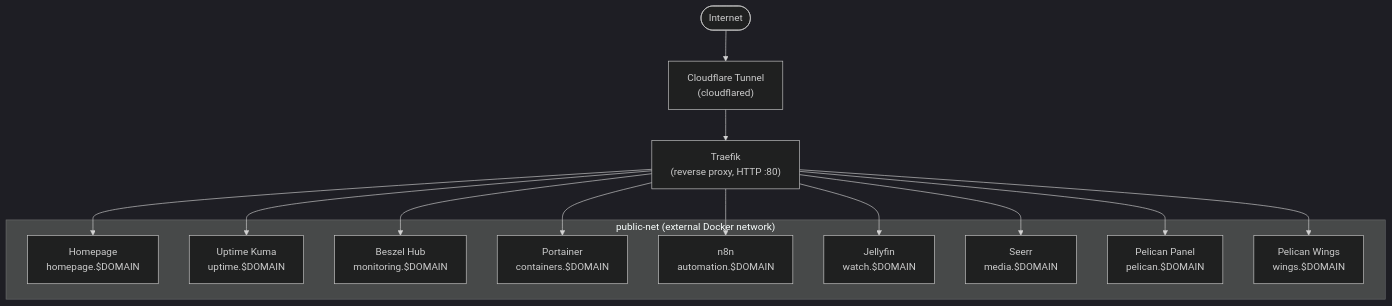
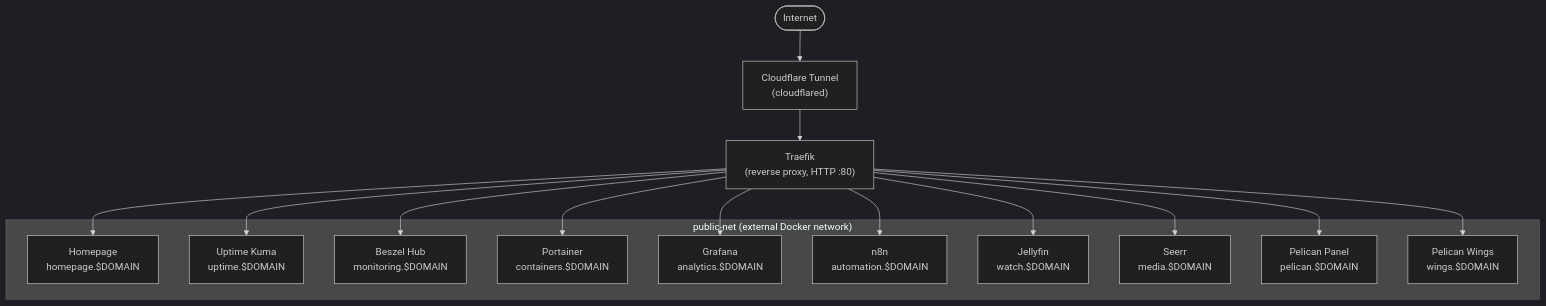
The diagram in README.md (heldertheking/infrastructure), drawn with Mermaid (dark theme) before and after one commit. The commit also changed other lines of this file and 6 other files, not shown here.

````diff
--- a/README.md
+++ b/README.md
@@ -9,27 +9,29 @@
 ```mermaid
 flowchart TD
     Internet(["Internet"]) --> CF["Cloudflare Tunnel<br/>(cloudflared)"]
     CF --> Traefik["Traefik<br/>(reverse proxy, HTTP :80)"]
 
     subgraph publicnet["public-net (external Docker network)"]
         Homepage["Homepage<br/>homepage.$DOMAIN"]
         Uptime["Uptime Kuma<br/>uptime.$DOMAIN"]
         BeszelHub["Beszel Hub<br/>monitoring.$DOMAIN"]
         Portainer["Portainer<br/>containers.$DOMAIN"]
+        Grafana["Grafana<br/>analytics.$DOMAIN"]
         N8N["n8n<br/>automation.$DOMAIN"]
         Jellyfin["Jellyfin<br/>watch.$DOMAIN"]
         Seerr["Seerr<br/>media.$DOMAIN"]
         Panel["Pelican Panel<br/>pelican.$DOMAIN"]
         Wings["Pelican Wings<br/>wings.$DOMAIN"]
     end
 
     Traefik --> Homepage
     Traefik --> Uptime
     Traefik --> BeszelHub
     Traefik --> Portainer
+    Traefik --> Grafana
     Traefik --> N8N
     Traefik --> Jellyfin
     Traefik --> Seerr
     Traefik --> Panel
     Traefik --> Wings
 ```
````
